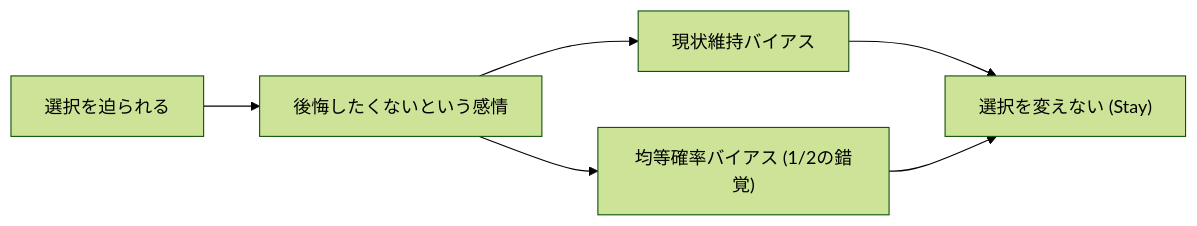
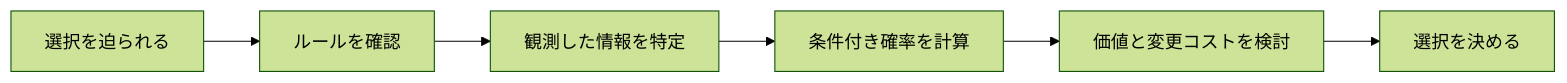
Before and after one commit to kenjinote/blog: the second of 2 diagrams in content/post/paradox-monty-hall-problem/index.md, drawn with Mermaid (forest theme). The commit also changed other lines of this file and 10 other files, not shown here.

````diff
--- a/content/post/paradox-monty-hall-problem/index.md
+++ b/content/post/paradox-monty-hall-problem/index.md
@@ -187,8 +164,8 @@
 ```mermaid
 flowchart LR
-    Situation["選択を迫られる"] --> Feeling["後悔したくないという感情"]
-    Feeling --> Bias1["現状維持バイアス"]
-    Feeling --> Bias2["均等確率バイアス (1/2の錯覚)"]
-    Bias1 --> Conclusion["選択を変えない (Stay)"]
-    Bias2 --> Conclusion
+    Situation["選択を迫られる"] --> Rules["ルールを確認"]
+    Rules --> Observation["観測した情報を特定"]
+    Observation --> Posterior["条件付き確率を計算"]
+    Posterior --> Utility["価値と変更コストを検討"]
+    Utility --> Decision["選択を決める"]
 ```
````
